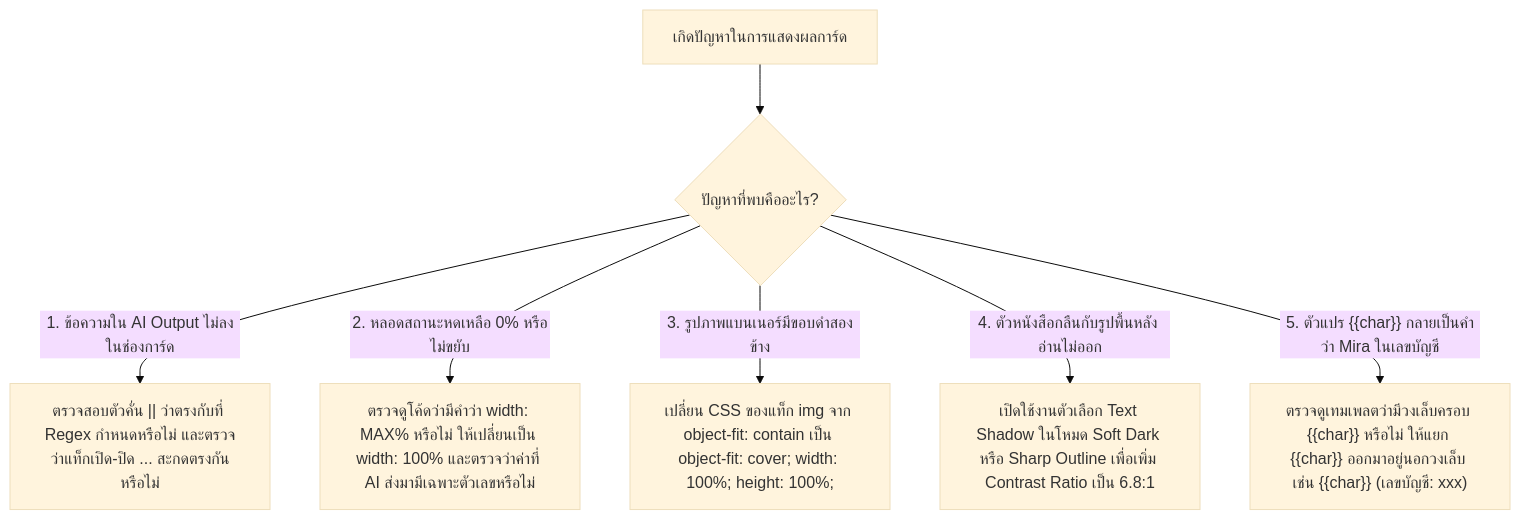
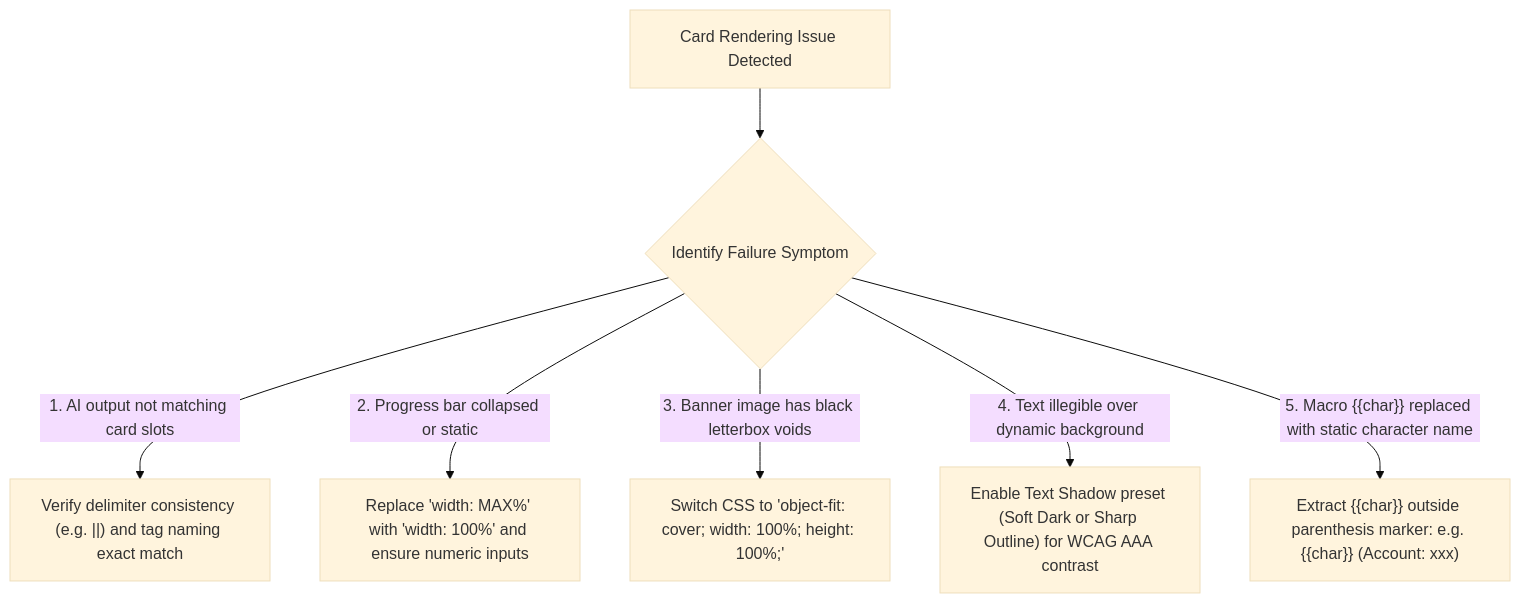
Before and after one commit to jadesolju/Snippet-Studio: the seventh of 7 diagrams in RUBII_CODE_STUDY_AND_ARCHITECTURE_RESEARCH.md, drawn with Mermaid (base theme). The commit also changed other lines of this file and 2 other files, not shown here.

Commit message:
docs: standardize all Mermaid diagrams to English with Thai workflow blockquotes and zero emojis

````diff
--- a/RUBII_CODE_STUDY_AND_ARCHITECTURE_RESEARCH.md
+++ b/RUBII_CODE_STUDY_AND_ARCHITECTURE_RESEARCH.md
@@ -308,10 +340,10 @@
 ```mermaid
 flowchart TD
-    Start["เกิดปัญหาในการแสดงผลการ์ด"] --> Q1{"ปัญหาที่พบคืออะไร?"}
+    Start["Card Rendering Issue Detected"] --> Q1{"Identify Failure Symptom"}
 
-    Q1 -->|"1. ข้อความใน AI Output ไม่ลงในช่องการ์ด"| D1["ตรวจสอบตัวคั่น || ว่าตรงกับที่ Regex กำหนดหรือไม่ และตรวจว่าแท็กเปิด-ปิด <tag>...</tag> สะกดตรงกันหรือไม่"]
-    Q1 -->|"2. หลอดสถานะหดเหลือ 0% หรือไม่ขยับ"| D2["ตรวจดูโค้ดว่ามีคำว่า width: MAX% หรือไม่ ให้เปลี่ยนเป็น width: 100% และตรวจว่าค่าที่ AI ส่งมามีเฉพาะตัวเลขหรือไม่"]
-    Q1 -->|"3. รูปภาพแบนเนอร์มีขอบดำสองข้าง"| D3["เปลี่ยน CSS ของแท็ก img จาก object-fit: contain เป็น object-fit: cover; width: 100%; height: 100%;"]
-    Q1 -->|"4. ตัวหนังสือกลืนกับรูปพื้นหลัง อ่านไม่ออก"| D4["เปิดใช้งานตัวเลือก Text Shadow ในโหมด Soft Dark หรือ Sharp Outline เพื่อเพิ่ม Contrast Ratio เป็น 6.8:1"]
-    Q1 -->|"5. ตัวแปร {{char}} กลายเป็นคำว่า Mira ในเลขบัญชี"| D5["ตรวจดูเทมเพลตว่ามีวงเล็บครอบ {{char}} หรือไม่ ให้แยก {{char}} ออกมาอยู่นอกวงเล็บ เช่น {{char}} (เลขบัญชี: xxx)"]
+    Q1 -->|"1. AI output not matching card slots"| D1["Verify delimiter consistency (e.g. ||) and tag naming exact match"]
+    Q1 -->|"2. Progress bar collapsed or static"| D2["Replace 'width: MAX%' with 'width: 100%' and ensure numeric inputs"]
+    Q1 -->|"3. Banner image has black letterbox voids"| D3["Switch CSS to 'object-fit: cover; width: 100%; height: 100%;'"]
+    Q1 -->|"4. Text illegible over dynamic background"| D4["Enable Text Shadow preset (Soft Dark or Sharp Outline) for WCAG AAA contrast"]
+    Q1 -->|"5. Macro {{char}} replaced with static character name"| D5["Extract {{char}} outside parenthesis marker: e.g. {{char}} (Account: xxx)"]
 ```
````
